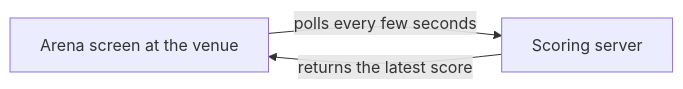
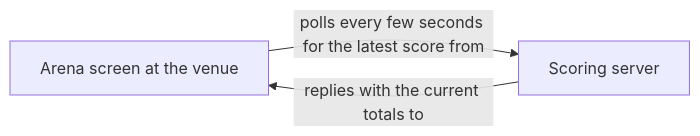
The first of 3 diagrams in README.md (AntonyM71/Lumberjack), drawn with Mermaid before and after one commit. The commit also changed other lines of this file and 5 other files, not shown here.

````diff
--- a/README.md
+++ b/README.md
@@ -39,8 +40,8 @@
 ```mermaid
 flowchart LR
     display["Arena screen at the venue"]
     api["Scoring server"]
 
-    display -->|"polls every few seconds"| api
-    api -->|"returns the latest score"| display
+    display -->|"polls every few seconds for the latest score from"| api
+    api -->|"replies with the current totals to"| display
 ```
````
